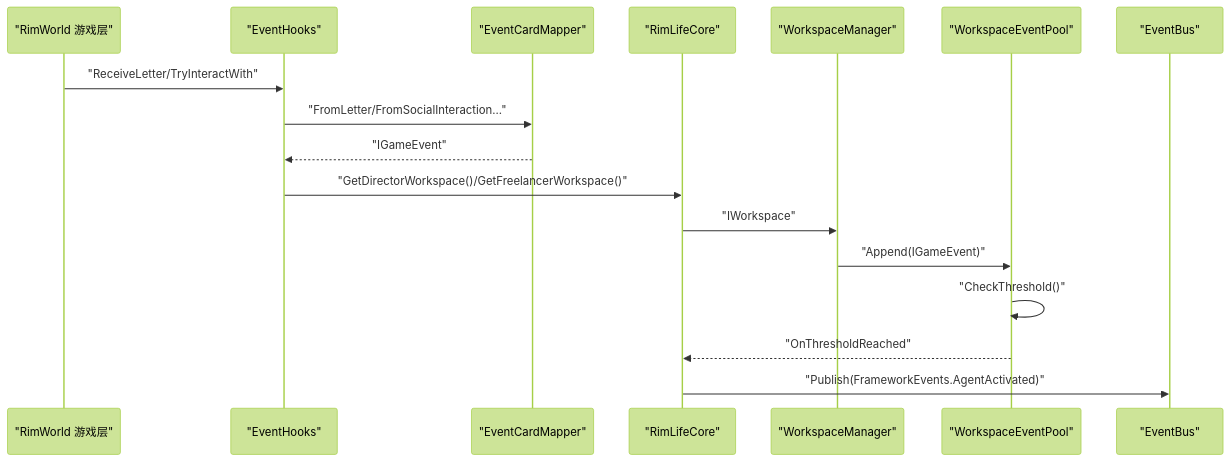
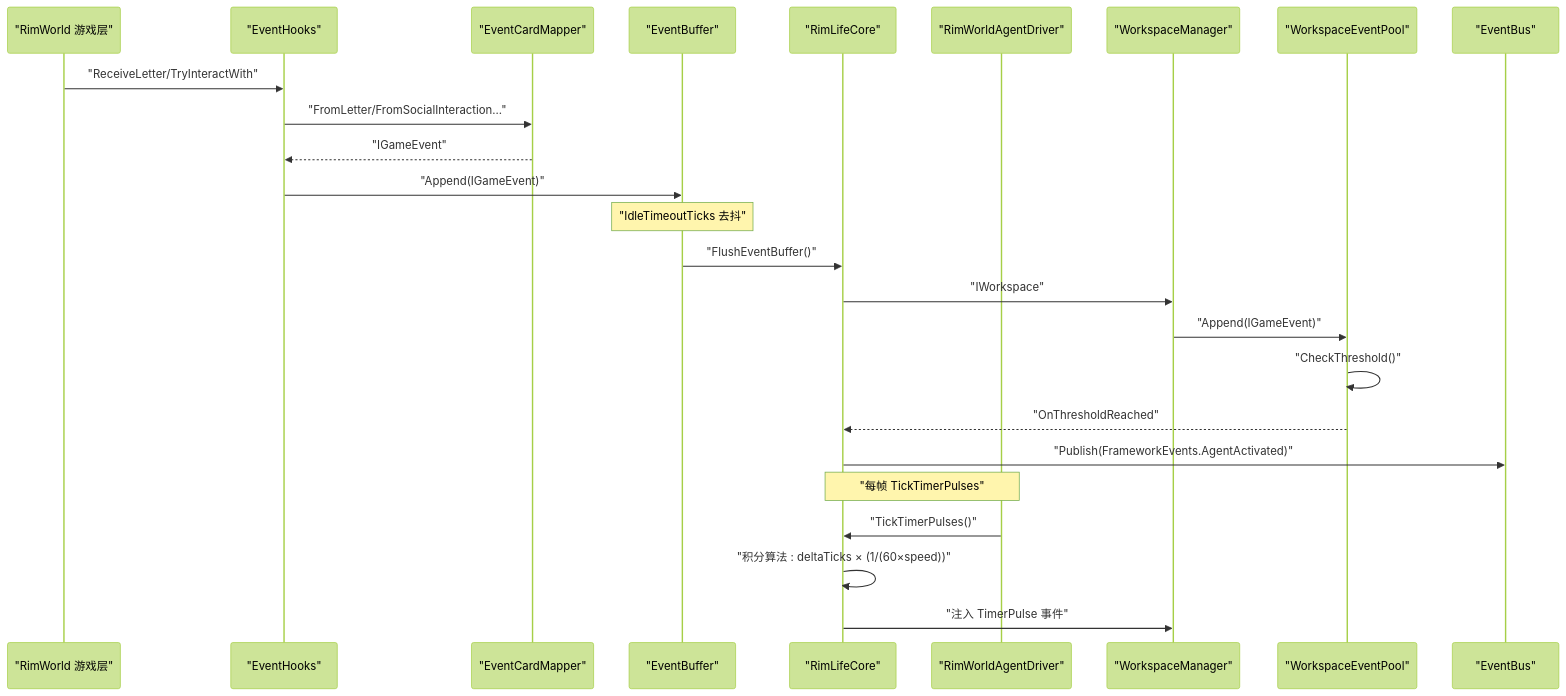
Before and after one commit to suzvka/RimLife: the second of 10 diagrams in .qoder/repowiki/zh/content/核心架构设计/事件系统集成.md, drawn with Mermaid (forest theme). The commit also changed other lines of this file and 31 other files, not shown here.

````diff
--- a/.qoder/repowiki/zh/content/核心架构设计/事件系统集成.md
+++ b/.qoder/repowiki/zh/content/核心架构设计/事件系统集成.md
@@ -113,19 +140,27 @@
 ```mermaid
 sequenceDiagram
 participant LW as "RimWorld 游戏层"
 participant Hooks as "EventHooks"
 participant Mapper as "EventCardMapper"
+participant Buffer as "EventBuffer"
 participant Core as "RimLifeCore"
+participant Driver as "RimWorldAgentDriver"
 participant WS as "WorkspaceManager"
 participant Pool as "WorkspaceEventPool"
 participant Bus as "EventBus"
 LW->>Hooks : "ReceiveLetter/TryInteractWith"
 Hooks->>Mapper : "FromLetter/FromSocialInteraction..."
 Mapper-->>Hooks : "IGameEvent"
-Hooks->>Core : "GetDirectorWorkspace()/GetFreelancerWorkspace()"
+Hooks->>Buffer : "Append(IGameEvent)"
+Note over Buffer : "IdleTimeoutTicks 去抖"
+Buffer->>Core : "FlushEventBuffer()"
 Core->>WS : "IWorkspace"
 WS->>Pool : "Append(IGameEvent)"
 Pool->>Pool : "CheckThreshold()"
 Pool-->>Core : "OnThresholdReached"
 Core->>Bus : "Publish(FrameworkEvents.AgentActivated)"
+Note over Driver,Core : "每帧 TickTimerPulses"
+Driver->>Core : "TickTimerPulses()"
+Core->>Core : "积分算法 : deltaTicks × (1/(60×speed))"
+Core->>WS : "注入 TimerPulse 事件"
 ```
````
